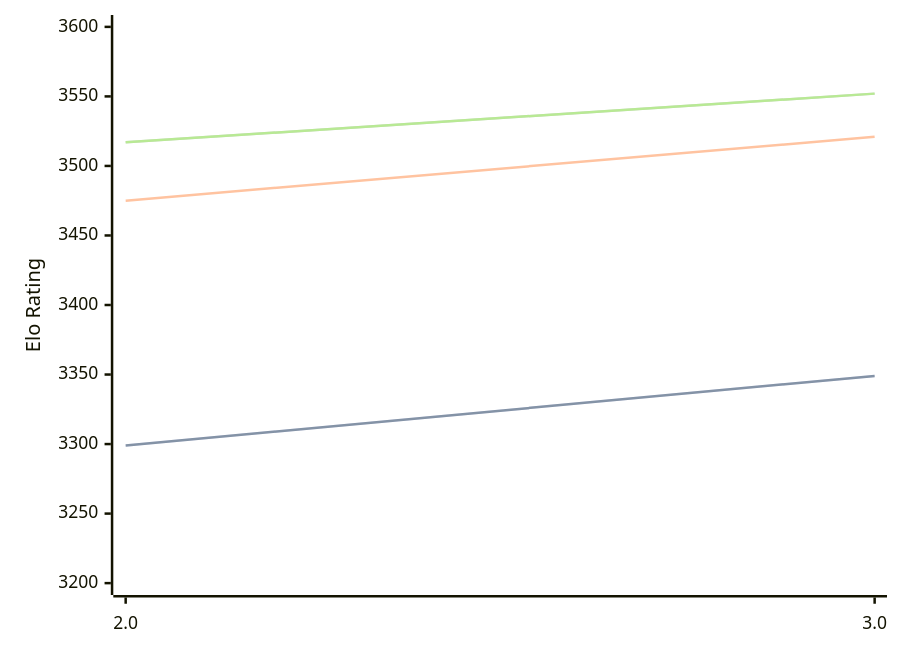
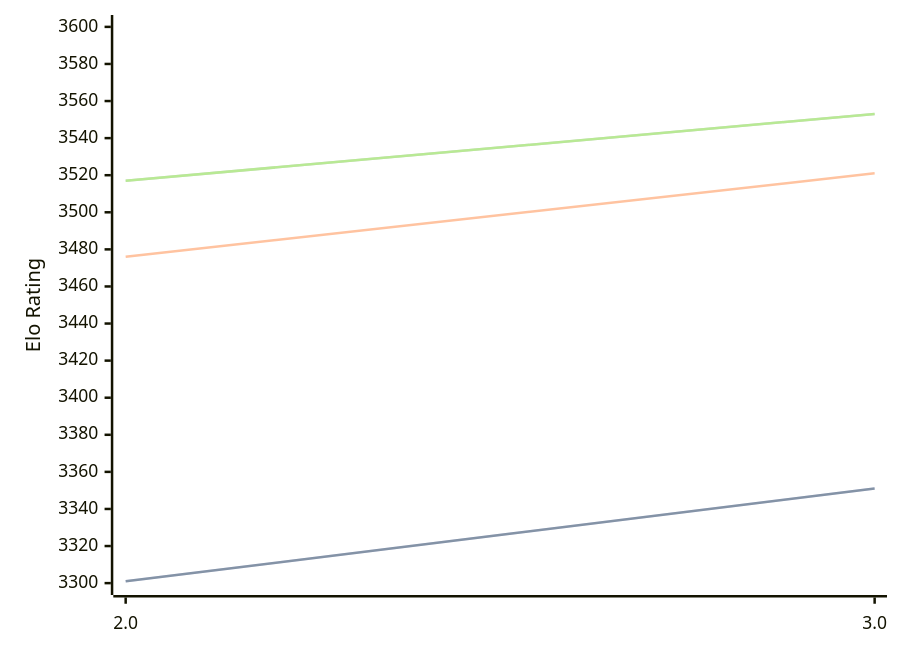
Before and after one commit to computer-chess-index/cci: the diagram in engines/Quanticade.md, drawn with Mermaid. The commit also changed other lines of this file, not shown here.

Commit message:
Update CCI Ratings (ELO VLTC) - 2026-09-09

````diff
--- a/engines/Quanticade.md
+++ b/engines/Quanticade.md
@@ -32,11 +32,11 @@
 ```mermaid
 %%{init: {"theme":"base","themeVariables":{"seriesColors:['#a3a3a3','#222221','#faa371']}}}%%
 xychart-beta
   x-axis ["2.0", "3.0"]
-  y-axis "Elo Rating" 3200 --> 3600
-  line "" [3299, 3349]
-  line "STC (8.0+0.08s)" [3299, 3349]
-  line "LTC (60.0+0.60s)" [3475, 3521]
-  line "" [3517, 3552]
-  line "VLTC (2m24s+1.12s)" [3517, 3552]
+  y-axis "Elo Rating" 3300 --> 3600
+  line "" [3301, 3351]
+  line "STC (8.0+0.08s)" [3301, 3351]
+  line "LTC (60.0+0.60s)" [3476, 3521]
+  line "" [3517, 3553]
+  line "VLTC (2m24s+1.12s)" [3517, 3553]
 ```
````
